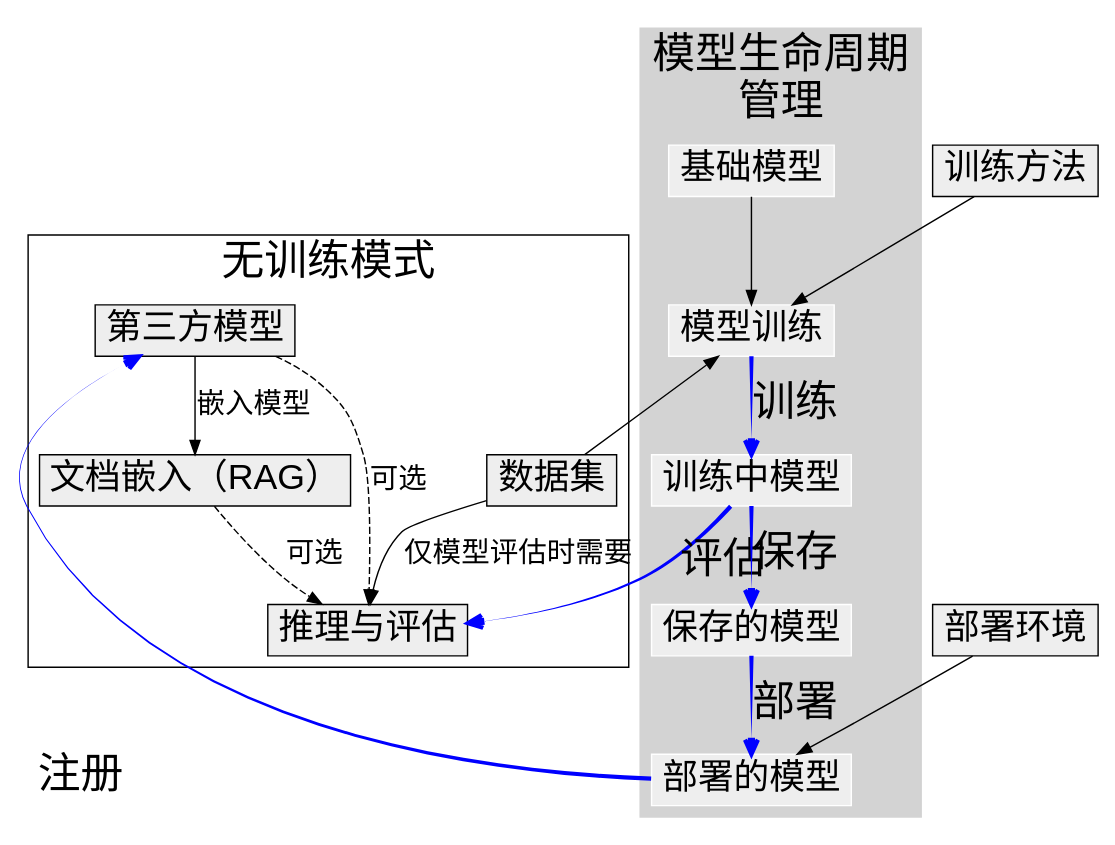
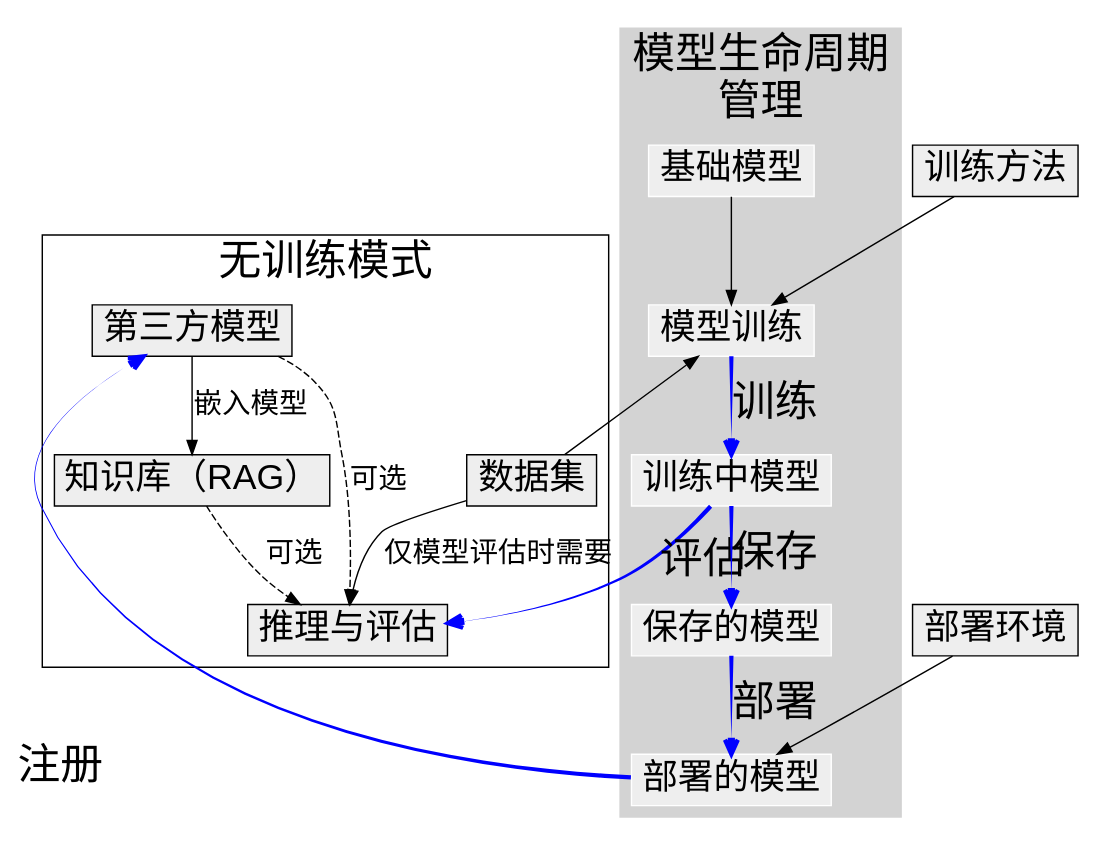
One commit to Junks5020/deepe-docs changed the diagram in docs/tutorials/process_dep_graph_zh.dot. Above: the diagram before and after it, drawn with Graphviz. The commit also changed 20 other files, not shown here.

```diff
--- a/docs/tutorials/process_dep_graph_zh.dot
+++ b/docs/tutorials/process_dep_graph_zh.dot
@@ -1,58 +1,58 @@
 
 digraph g {
 	ratio=fill;
 	splines=spline;
 	overlap=scale;
 
     edge [fontsize=20, fontname="Helvetica"];
 
 	node [
 		shape=box,
 		width=0.3,
 		color="black",
 		fillcolor="#eeeeee",
 		style="filled,solid",
 		fontsize=25,
         fontname="Helvetica"
 	];
 
     subgraph cluster_1 {
 		node [style=filled];
 		nRAG -> nPromp [style=dashed, label="可选"];
         nThirdModel -> nRAG [label="嵌入模型"];
         nDataset -> nPromp [label="仅模型评估时需要"];
         nThirdModel -> nPromp [style=dashed, label="可选"];
 		label = "无训练模式";
         fontsize=30
 	}
 
     subgraph cluster_0 {
 		style=filled;
 		color=lightgrey;
 		node [style=filled,color=white];
 		nBModel -> nTrainingModels;
         nTrainingModels -> nTrainedModels [style="bold,tapered", arrowhead=vee, penwidth=3, color=blue, label="训练", fontsize=30];
         nTrainedModels -> nSavedModels [style="bold,tapered", arrowhead=vee, penwidth=3, color=blue, label="保存", fontsize=30];
         nSavedModels -> nDeployedModels [style="bold,tapered", arrowhead=vee, penwidth=3, color=blue, label="部署", fontsize=30];
         label = "模型生命周期
 管理";
         fontsize=30
 	}
 
-	nRAG [label="文档嵌入（RAG）"];
+	nRAG [label="知识库（RAG）"];
 	nBModel [label="基础模型"];
 	nDataset [label="数据集"];
 	nThirdModel [label="第三方模型"];
 	nPromp [label="推理与评估"];
 	nTrainingModels [label="模型训练"];
 	nTrainedModels [label="训练中模型"];
 	nSavedModels [label="保存的模型"];
 	nDeployedModels [label="部署的模型"];
 	nDeployEnv [label="部署环境"];
 	nTrainingMethods [label="训练方法"];
     nDataset -> nTrainingModels;
     nTrainingMethods -> nTrainingModels;
     nDeployEnv -> nDeployedModels;
     nDeployedModels -> nThirdModel [style="bold,tapered", arrowhead=vee, penwidth=3, color=blue, taillabel="注册", fontsize=30, labeldistance=40, labelangle=3 ];
     nTrainedModels -> nPromp [style="bold,tapered", arrowhead=vee, penwidth=3, color=blue, taillabel="评估", fontsize=30, labeldistance=4, labelangle=35];
 }
```
